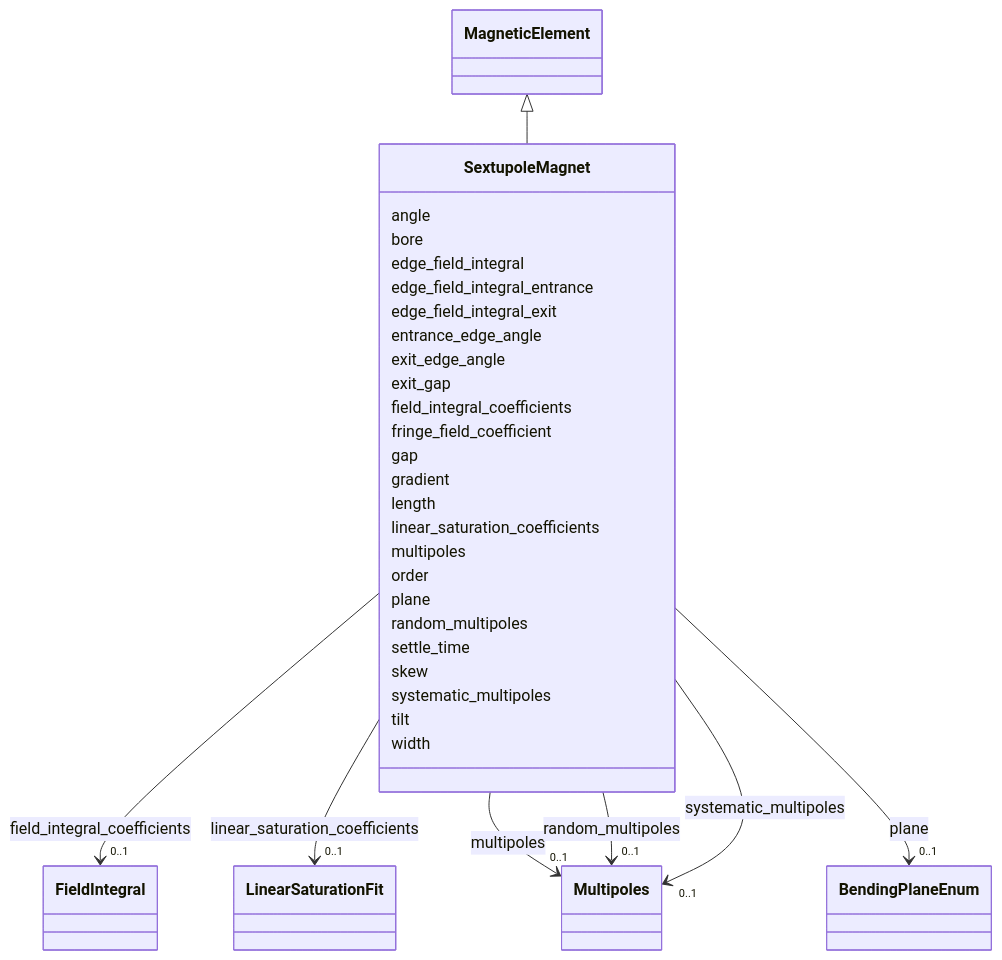
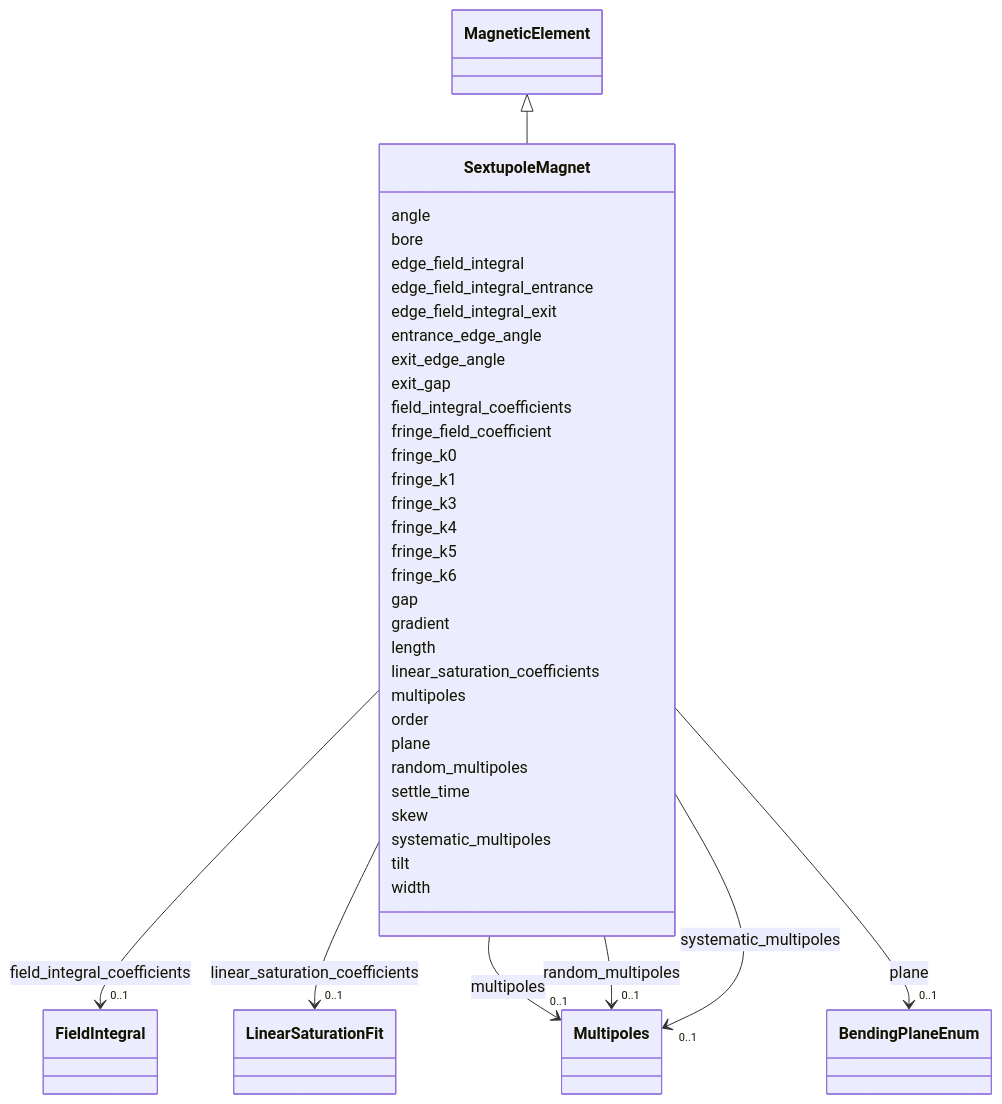
The diagram in docs/source/schema/SextupoleMagnet.md (astec-stfc/laura), drawn with Mermaid before and after one commit. The commit also changed other lines of this file and 42 other files, not shown here.

```diff
--- a/docs/source/schema/SextupoleMagnet.md
+++ b/docs/source/schema/SextupoleMagnet.md
@@ -50,6 +50,18 @@
 
         
       SextupoleMagnet : fringe_field_coefficient
+        
+      SextupoleMagnet : fringe_k0
+        
+      SextupoleMagnet : fringe_k1
+        
+      SextupoleMagnet : fringe_k3
+        
+      SextupoleMagnet : fringe_k4
+        
+      SextupoleMagnet : fringe_k5
+        
+      SextupoleMagnet : fringe_k6
         
       SextupoleMagnet : gap
         
```
